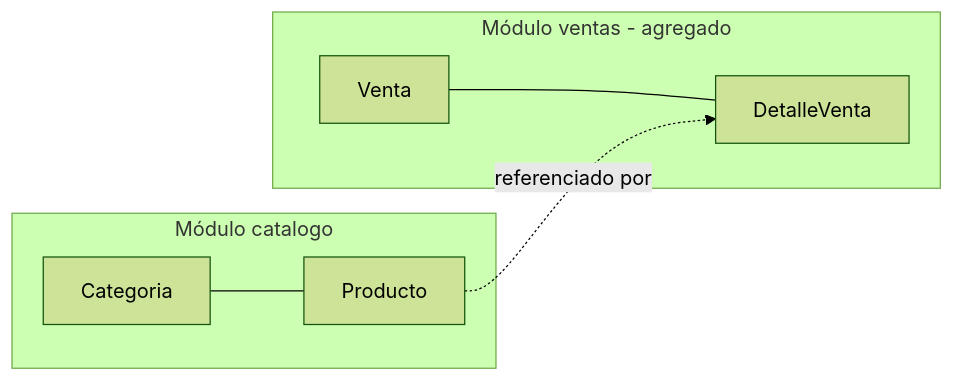
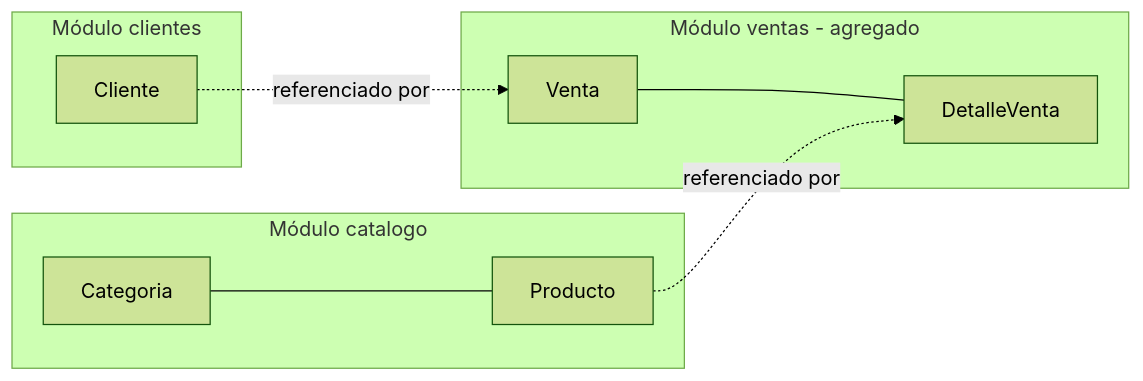
The sixth of 6 diagrams in docs/ads/sesiones/S06_Descubrimiento_Modelado_Dominio.md (262ciclo4/bomerp), drawn with Mermaid (forest theme) before and after one commit. The commit also changed other lines of this file and 1 other file, not shown here.

````diff
--- a/docs/ads/sesiones/S06_Descubrimiento_Modelado_Dominio.md
+++ b/docs/ads/sesiones/S06_Descubrimiento_Modelado_Dominio.md
@@ -277,14 +384,18 @@
 ```mermaid
 flowchart LR
     subgraph MCAT["Módulo catalogo"]
         CAT[Categoria]
         PROD[Producto]
         CAT --- PROD
     end
     subgraph MVEN["Módulo ventas - agregado"]
         VEN[Venta]
         DET[DetalleVenta]
         VEN --- DET
     end
+    subgraph MCLI["Módulo clientes"]
+        CLI[Cliente]
+    end
     PROD -.->|referenciado por| DET
+    CLI -.->|referenciado por| VEN
 ```
````
